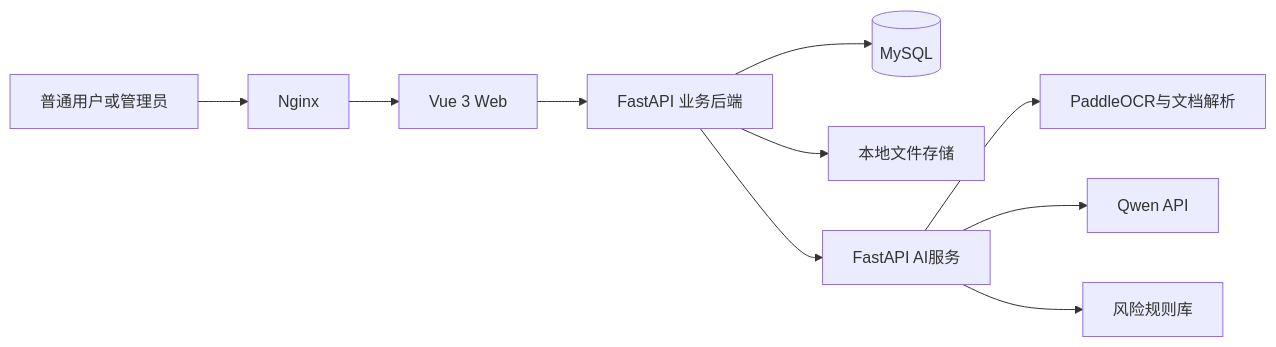
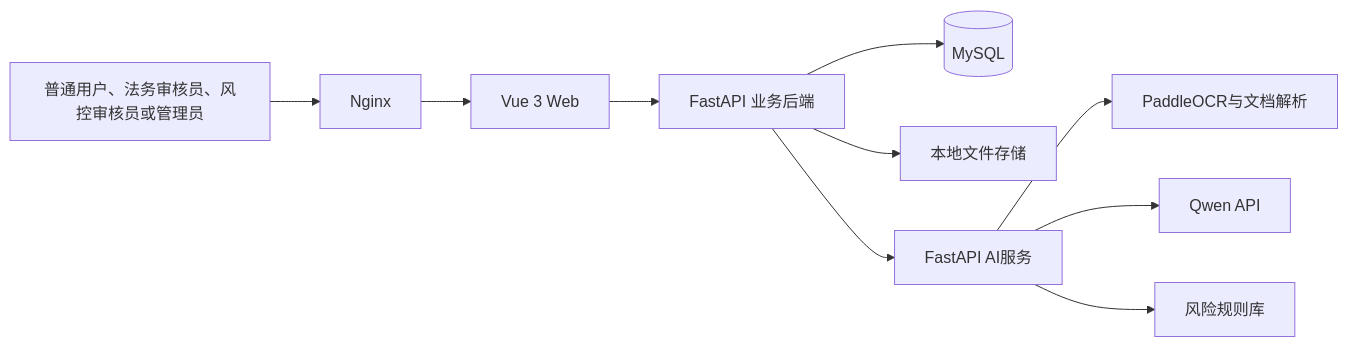
The first of 3 diagrams in docs/02-系统架构设计.md (liuziwen168/A24-Contract-Audit), drawn with Mermaid before and after one commit. The commit also changed other lines of this file and 8 other files, not shown here.

````diff
--- a/docs/02-系统架构设计.md
+++ b/docs/02-系统架构设计.md
@@ -24,12 +25,12 @@
 ```mermaid
 flowchart LR
-    U[普通用户或管理员] --> N[Nginx]
+    U[普通用户、法务审核员、风控审核员或管理员] --> N[Nginx]
     N --> W[Vue 3 Web]
     W --> B[FastAPI 业务后端]
     B --> M[(MySQL)]
     B --> S[本地文件存储]
     B --> A[FastAPI AI服务]
     A --> P[PaddleOCR与文档解析]
     A --> Q[Qwen API]
     A --> R[风险规则库]
 ```
````
